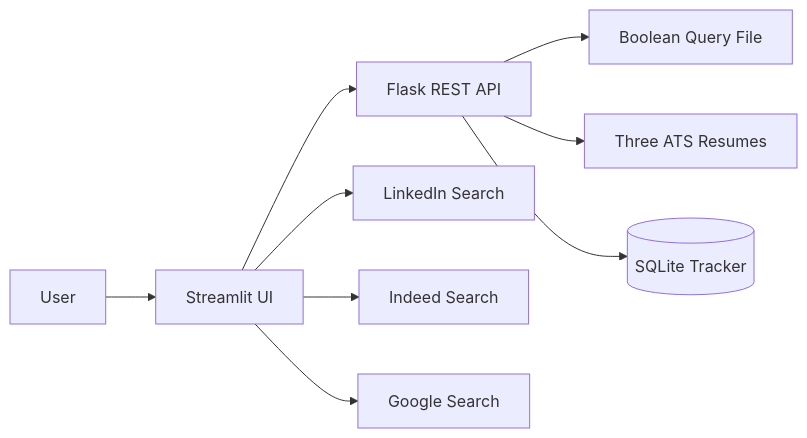
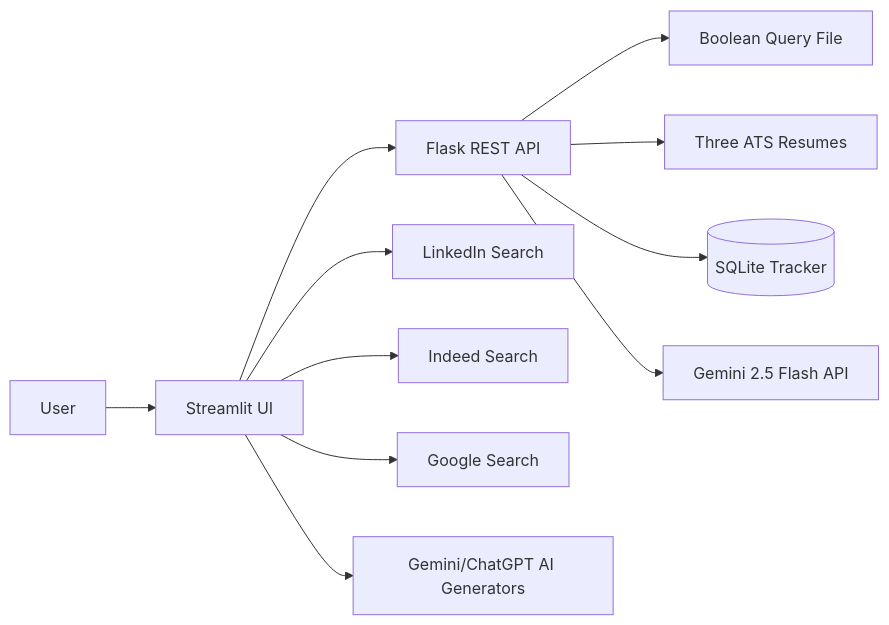
One commit to draculess99/CareerTwin_SearchOps_AI changed the diagram in README.md. Above: the diagram before and after it, drawn with Mermaid. The commit also changed other lines of this file, not shown here.

Commit message:
Update README with Docker, ChatGPT, and Portfolio scraping documentation

````diff
--- a/README.md
+++ b/README.md
@@ -54,11 +60,13 @@
 ```mermaid
 flowchart LR
     U[User] --> S[Streamlit UI]
     S --> F[Flask REST API]
     F --> Q[Boolean Query File]
     F --> R[Three ATS Resumes]
     F --> D[(SQLite Tracker)]
     S --> L[LinkedIn Search]
     S --> I[Indeed Search]
     S --> G[Google Search]
+    S --> A[Gemini/ChatGPT AI Generators]
+    F --> GAPI[Gemini 2.5 Flash API]
 ```
````
